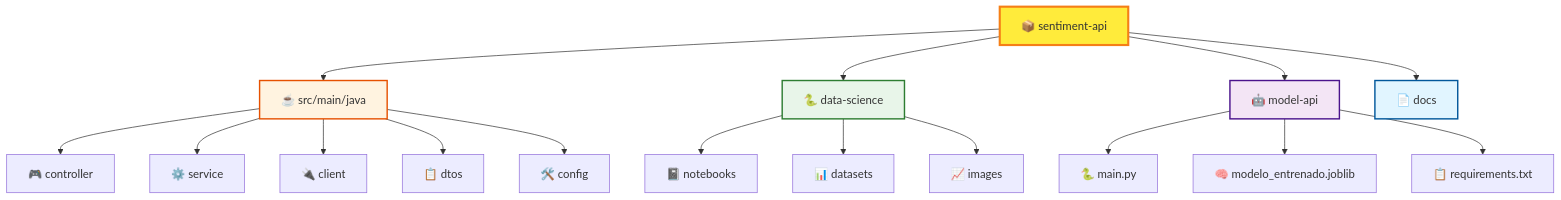
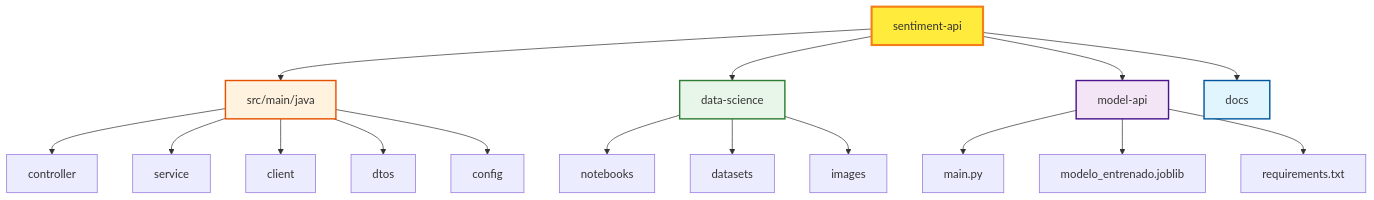
Before and after one commit to ml-punto-tech/sentiment-api: the second of 6 diagrams in README.md, drawn with Mermaid. The commit also changed other lines of this file, not shown here.

````diff
--- a/README.md
+++ b/README.md
@@ -76,27 +92,27 @@
 ```mermaid
 graph TD
-    A[📦 sentiment-api] --> B[☕ src/main/java]
-    A --> C[🐍 data-science]
-    A --> D[🤖 model-api]
-    A --> E[📄 docs]
+    A[sentiment-api] --> B[src/main/java]
+    A --> C[data-science]
+    A --> D[model-api]
+    A --> E[docs]
     
-    B --> B1[🎮 controller]
-    B --> B2[⚙️ service]
-    B --> B3[🔌 client]
-    B --> B4[📋 dtos]
-    B --> B5[🛠️ config]
+    B --> B1[controller]
+    B --> B2[service]
+    B --> B3[client]
+    B --> B4[dtos]
+    B --> B5[config]
     
-    C --> C1[📓 notebooks]
-    C --> C2[📊 datasets]
-    C --> C3[📈 images]
+    C --> C1[notebooks]
+    C --> C2[datasets]
+    C --> C3[images]
     
-    D --> D1[🐍 main.py]
-    D --> D2[🧠 modelo_entrenado.joblib]
-    D --> D3[📋 requirements.txt]
+    D --> D1[main.py]
+    D --> D2[modelo_entrenado.joblib]
+    D --> D3[requirements.txt]
     
     style A fill:#ffeb3b,stroke:#f57f17,stroke-width:3px
     style B fill:#fff3e0,stroke:#e65100,stroke-width:2px
     style C fill:#e8f5e9,stroke:#2e7d32,stroke-width:2px
     style D fill:#f3e5f5,stroke:#4a148c,stroke-width:2px
     style E fill:#e1f5ff,stroke:#01579b,stroke-width:2px
 ```
````
